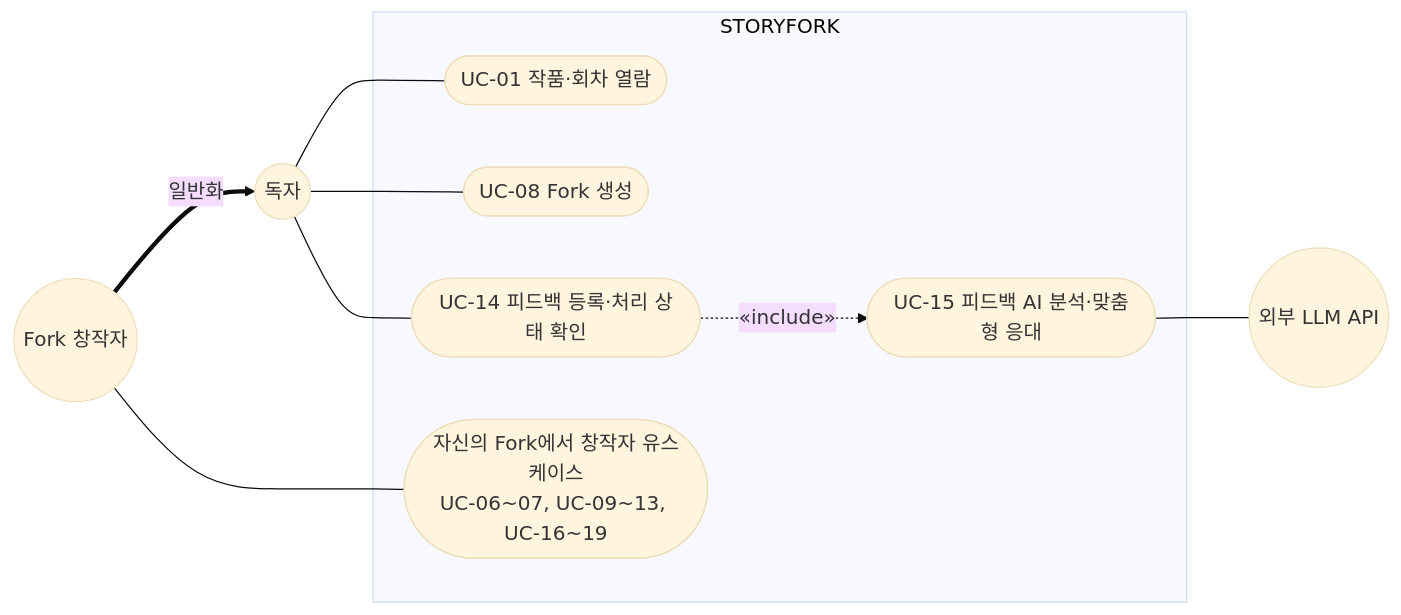
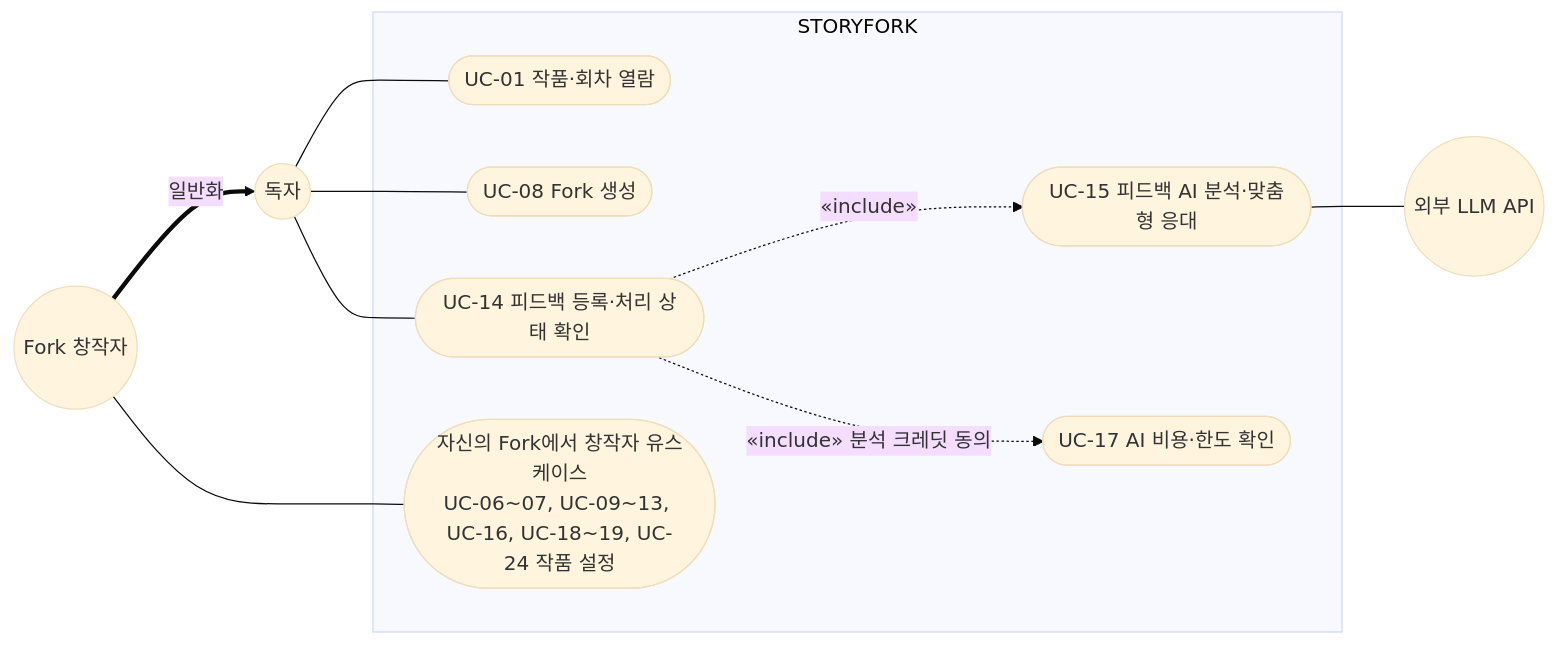
The third of 9 diagrams in docs/usecase.md (SKNETWORKS-FAMILY-AICAMP/SKN34-FINAL-4TEAM), drawn with Mermaid (base theme) before and after one commit. The commit also changed other lines of this file and 26 other files, not shown here.

````diff
--- a/docs/usecase.md
+++ b/docs/usecase.md
@@ -167,20 +175,22 @@
 ```mermaid
 flowchart LR
   R(("독자"))
   F(("Fork 창작자"))
   L(("외부 LLM API"))
   subgraph SYS["STORYFORK"]
     U01(["UC-01 작품·회차 열람"])
     U08(["UC-08 Fork 생성"])
     U14(["UC-14 피드백 등록·처리 상태 확인"])
     U15(["UC-15 피드백 AI 분석·맞춤형 응대"])
-    OWN(["자신의 Fork에서 창작자 유스케이스<br/>UC-06~07, UC-09~13, UC-16~19"])
+    U17(["UC-17 AI 비용·한도 확인"])
+    OWN(["자신의 Fork에서 창작자 유스케이스<br/>UC-06~07, UC-09~13, UC-16, UC-18~19, UC-24 작품 설정"])
   end
   R --- U01
   R --- U08
   R --- U14
   U14 -.->|"«include»"| U15
+  U14 -.->|"«include» 분석 크레딧 동의"| U17
   U15 --- L
   F ==>|"일반화"| R
   F --- OWN
 ```
````
